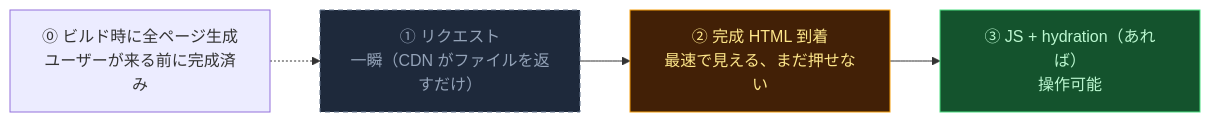
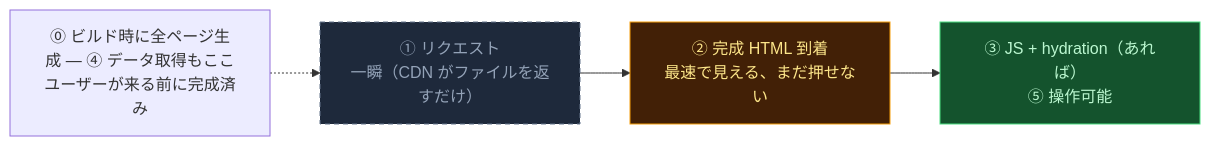
The fifth of 6 diagrams in vault/rendering-phases.md (O6lvl4/O6lvl4-knowledge), drawn with Mermaid before and after one commit. The commit also changed other lines of this file, not shown here.

Commit message:
SSR/SSG図の欠番を解消し④データ取得の前倒し先を明示

````diff
--- a/vault/rendering-phases.md
+++ b/vault/rendering-phases.md
@@ -104,12 +104,12 @@
 ```mermaid
 graph LR
-    Z["⓪ ビルド時に全ページ生成<br/>ユーザーが来る前に完成済み"] -.-> A
+    Z["⓪ ビルド時に全ページ生成 — ④ データ取得もここ<br/>ユーザーが来る前に完成済み"] -.-> A
     A["① リクエスト<br/>一瞬（CDN がファイルを返すだけ）"] --> B["② 完成 HTML 到着<br/>最速で見える、まだ押せない"]
-    B --> C["③ JS + hydration（あれば）<br/>操作可能"]
+    B --> C["③ JS + hydration（あれば）<br/>⑤ 操作可能"]
     classDef blank fill:#1E293B,stroke:#64748B,stroke-dasharray: 5 4,color:#94A3B8
     classDef visible fill:#422006,stroke:#F59E0B,color:#FDE68A
     classDef ready fill:#14532D,stroke:#4ADE80,color:#BBF7D0
     class A blank
     class B visible
     class C ready
 ```
````
